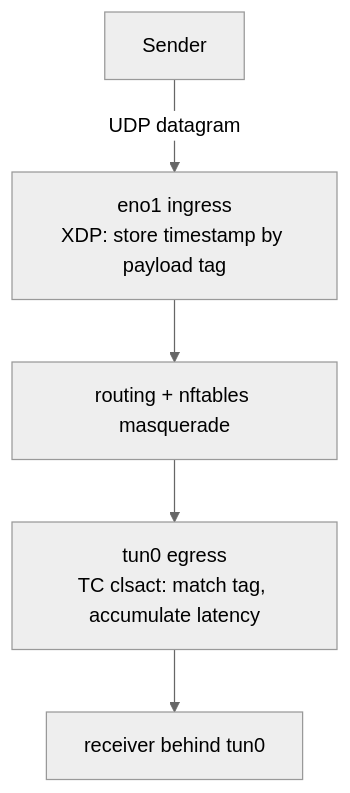
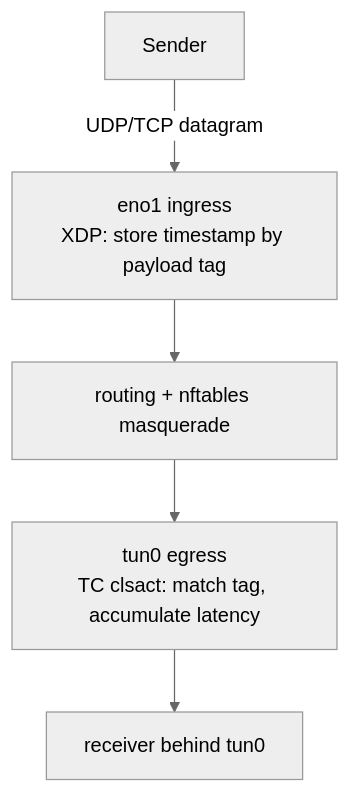
The diagram in docs/IFLAT.md (aeaidev/bpfagent), drawn with Mermaid (neutral theme) before and after one commit. The commit also changed other lines of this file and 7 other files, not shown here.

````diff
--- a/docs/IFLAT.md
+++ b/docs/IFLAT.md
@@ -13,7 +13,7 @@
 ```mermaid
 flowchart TD
-    SRC[Sender] --> |UDP datagram| RX[eno1 ingress<br/>XDP: store timestamp by payload tag]
+    SRC[Sender] --> |UDP/TCP datagram| RX[eno1 ingress<br/>XDP: store timestamp by payload tag]
     RX --> FWD[routing + nftables masquerade]
     FWD --> TX[tun0 egress<br/>TC clsact: match tag, accumulate latency]
     TX --> APP[receiver behind tun0]
 ```
````
